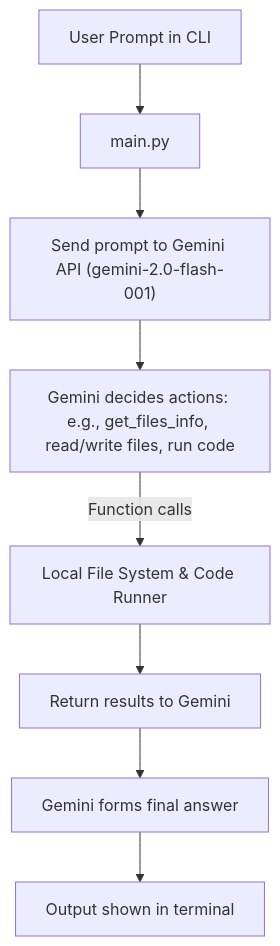
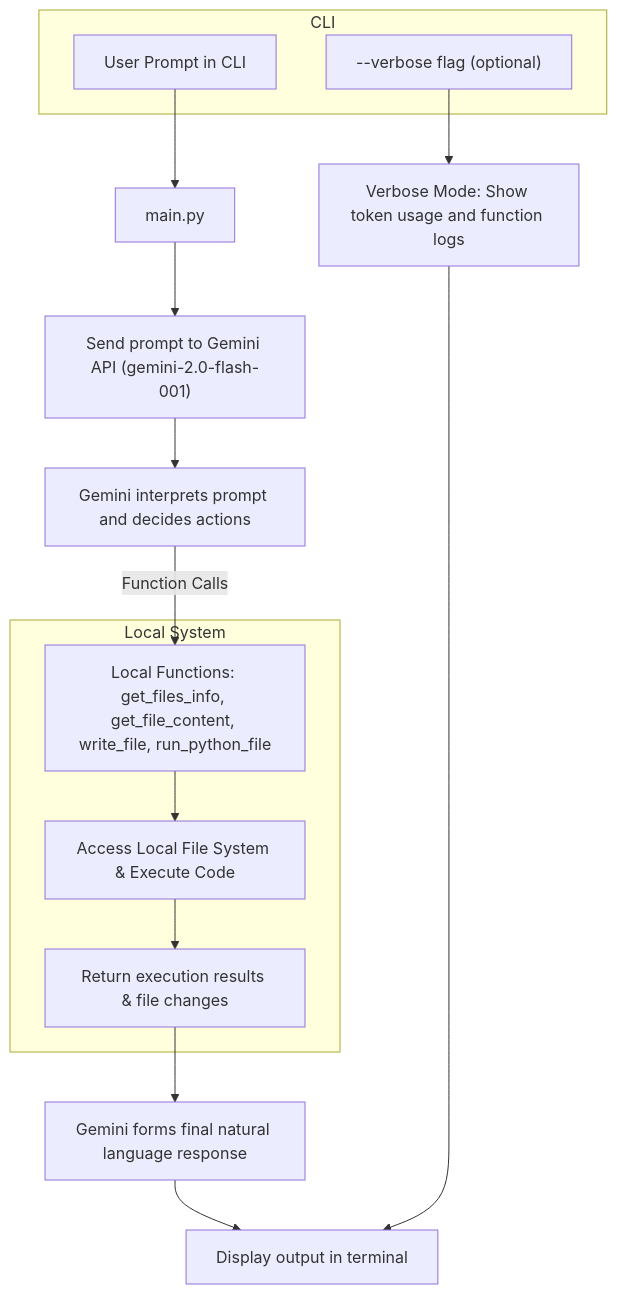
One commit to kelvinziroh/agentic_editor changed the diagram in README.md. Above: the diagram before and after it, drawn with Mermaid. The commit also changed other lines of this file, not shown here.

````diff
--- a/README.md
+++ b/README.md
@@ -109,10 +109,23 @@
 ```mermaid
 flowchart TD
     A[User Prompt in CLI] --> B[main.py]
+    subgraph CLI
+        A
+        I["--verbose flag (optional)"]
+    end
+
     B --> C["Send prompt to Gemini API (gemini-2.0-flash-001)"]
-    C --> D[Gemini decides actions: e.g., get_files_info, read/write files, run code]
-    D -->|Function calls| E[Local File System & Code Runner]
-    E --> F[Return results to Gemini]
-    F --> G[Gemini forms final answer]
-    G --> H[Output shown in terminal]
+    C --> D["Gemini interprets prompt and decides actions"]
+    D -->|Function Calls| E["Local Functions: get_files_info, get_file_content, write_file, run_python_file"]
+
+    subgraph Local System
+        E --> F["Access Local File System & Execute Code"]
+        F --> G["Return execution results & file changes"]
+    end
+
+    G --> H["Gemini forms final natural language response"]
+    H --> K[Display output in terminal]
+
+    I --> L["Verbose Mode: Show token usage and function logs"]
+    L --> K
 ```
````
